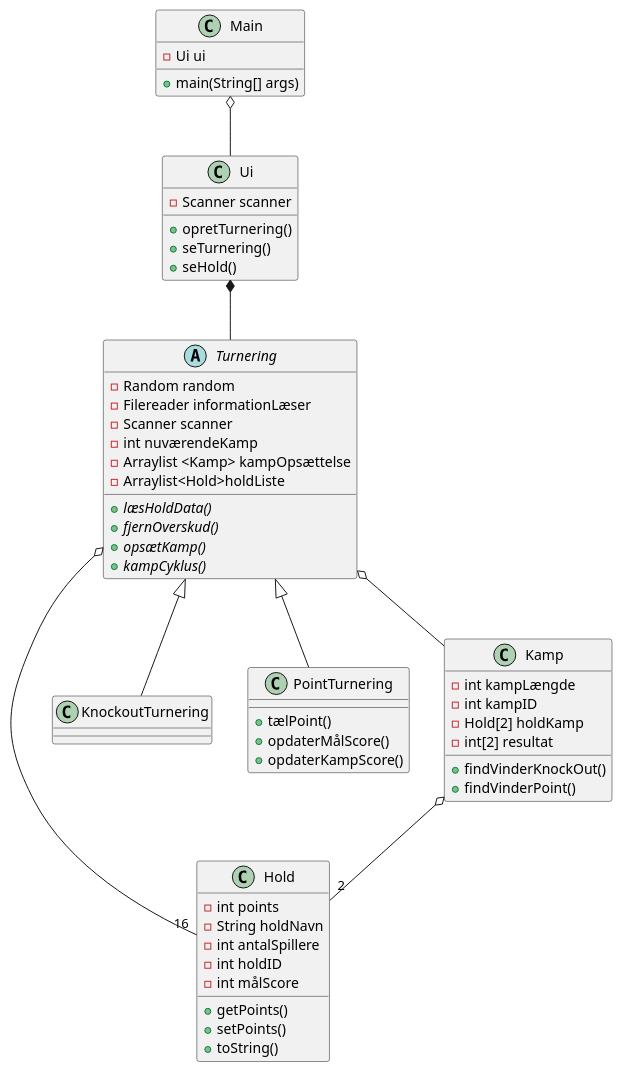
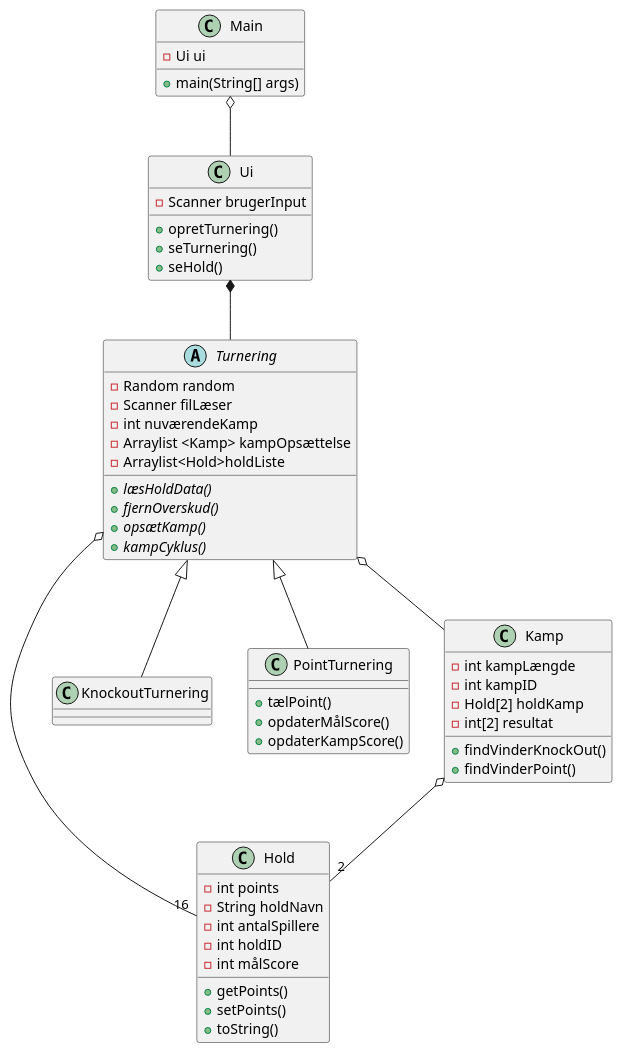
The diagram in SP3/src/UML/Klassediagram.puml (Datamatiker-A3/SP3), drawn with PlantUML before and after one commit.

Commit message:
Hello det er Anders, ændrede Klassediagram.puml

```diff
--- a/SP3/src/UML/Klassediagram.puml
+++ b/SP3/src/UML/Klassediagram.puml
@@ -1,71 +1,70 @@
 @startuml
 'https://plantuml.com/class-diagram
 
 abstract class Turnering
 class Main
 class Hold
 class KnockoutTurnering
 class PointTurnering
 class Kamp
 Main o-- Ui
 Ui *-- Turnering
 Turnering <|-- KnockoutTurnering
 Turnering<|-- PointTurnering
 Turnering o-- "16" Hold
 Turnering o-- Kamp
 Kamp o-- "2" Hold
 
 class Ui{
- - Scanner scanner
+ - Scanner brugerInput
  + opretTurnering()
  + seTurnering()
  + seHold()
 }
 
 class Main {
  + main(String[] args)
  - Ui ui
 }
 class Kamp{
 - int kampLængde
 - int kampID
 - Hold[2] holdKamp
 - int[2] resultat
 + findVinderKnockOut()
 + findVinderPoint()
 }
 
 class Hold{
 - int points
 - String holdNavn
 - int antalSpillere
 - int holdID
 - int målScore
 + getPoints()
 + setPoints()
 + toString()
 
 }
 abstract class Turnering{
 - Random random
-- Filereader informationLæser
-- Scanner scanner
+- Scanner filLæser
 - int nuværendeKamp
 - Arraylist <Kamp> kampOpsættelse
 - Arraylist<Hold>holdListe
 + {abstract}læsHoldData()
 + {abstract}fjernOverskud()
 + {abstract}opsætKamp()
 + {abstract}kampCyklus()
 }
 class KnockoutTurnering{
 
 }
 class PointTurnering{
 + tælPoint()
 + opdaterMålScore()
 + opdaterKampScore()
 }
 
 
 @enduml
```
